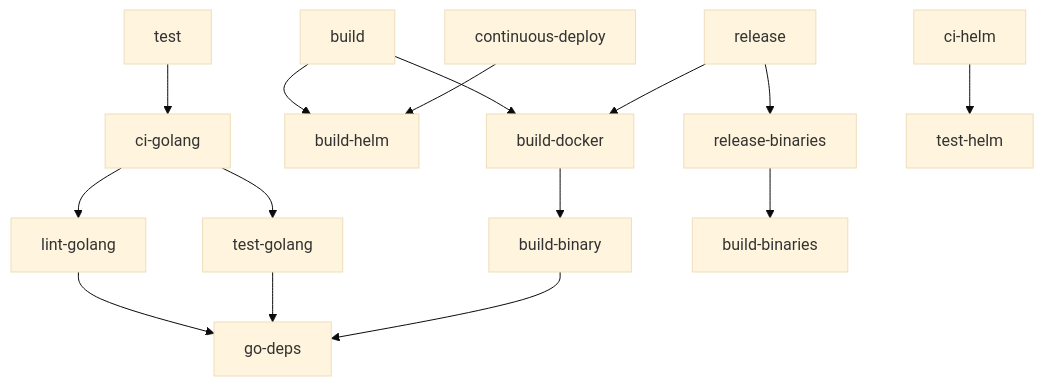
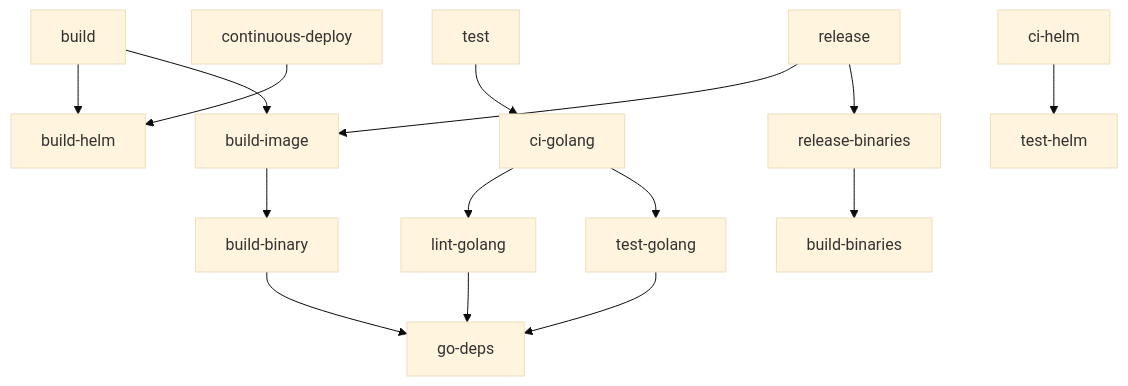
One commit to weaveworks/prom-aggregation-gateway changed the diagram in Earthfile.md. Above: the diagram before and after it, drawn with Mermaid (base theme). The commit also changed 1 other file, not shown here.

Commit message:
update labels and graph

````diff
--- a/Earthfile.md
+++ b/Earthfile.md
@@ -1,17 +1,17 @@
 ```mermaid
 graph TD
-        build --> build-docker
-        build --> build-helm
-        build-docker --> build-binary
-        continuous-deploy --> build-helm
-        lint-golang --> go-deps
-        test-golang --> go-deps
-        test --> ci-golang
-        release --> build-docker
-        release --> release-binaries
-        build-binary --> go-deps
-        ci-golang --> lint-golang
-        ci-golang --> test-golang
-        ci-helm --> test-helm
-        release-binaries --> build-binaries
+	build --> build-helm
+	build --> build-image
+	build-binary --> go-deps
+	build-image --> build-binary
+	ci-golang --> lint-golang
+	ci-golang --> test-golang
+	ci-helm --> test-helm
+	continuous-deploy --> build-helm
+	lint-golang --> go-deps
+	release --> build-image
+	release --> release-binaries
+	release-binaries --> build-binaries
+	test --> ci-golang
+	test-golang --> go-deps
 ```
````
